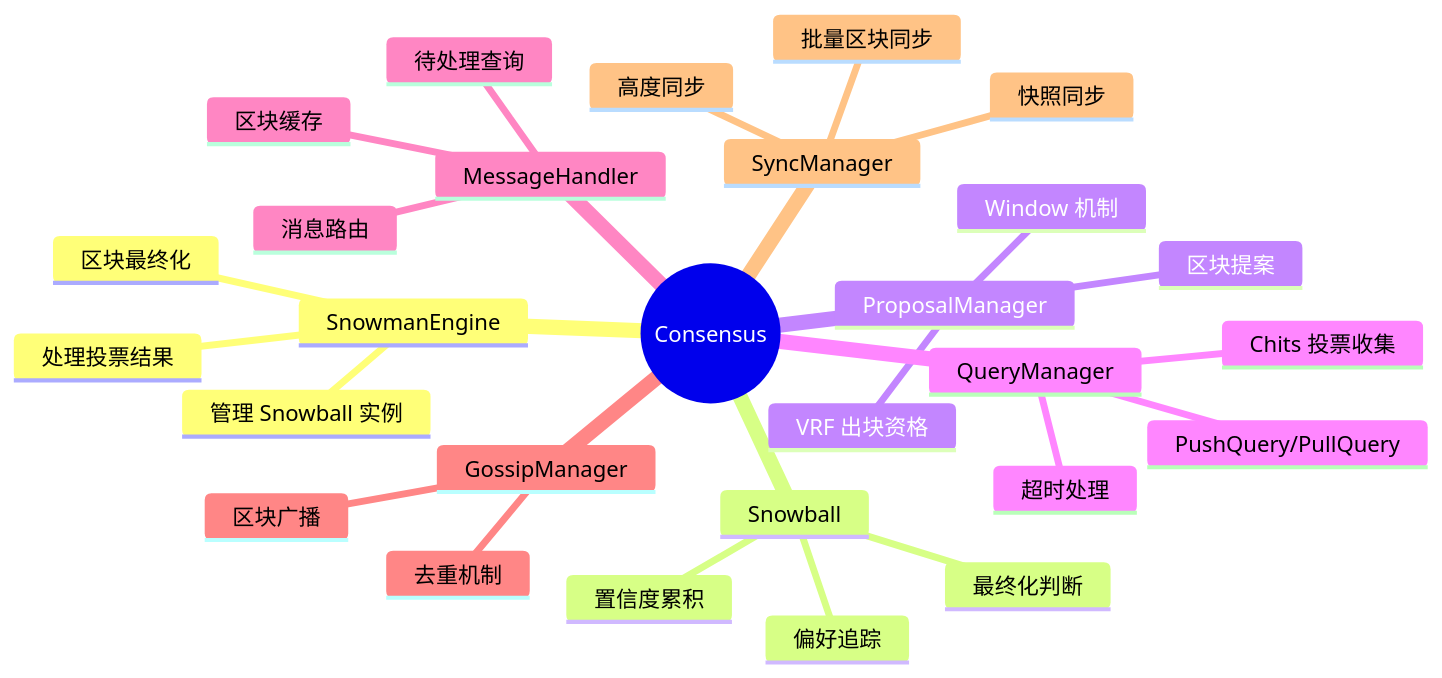
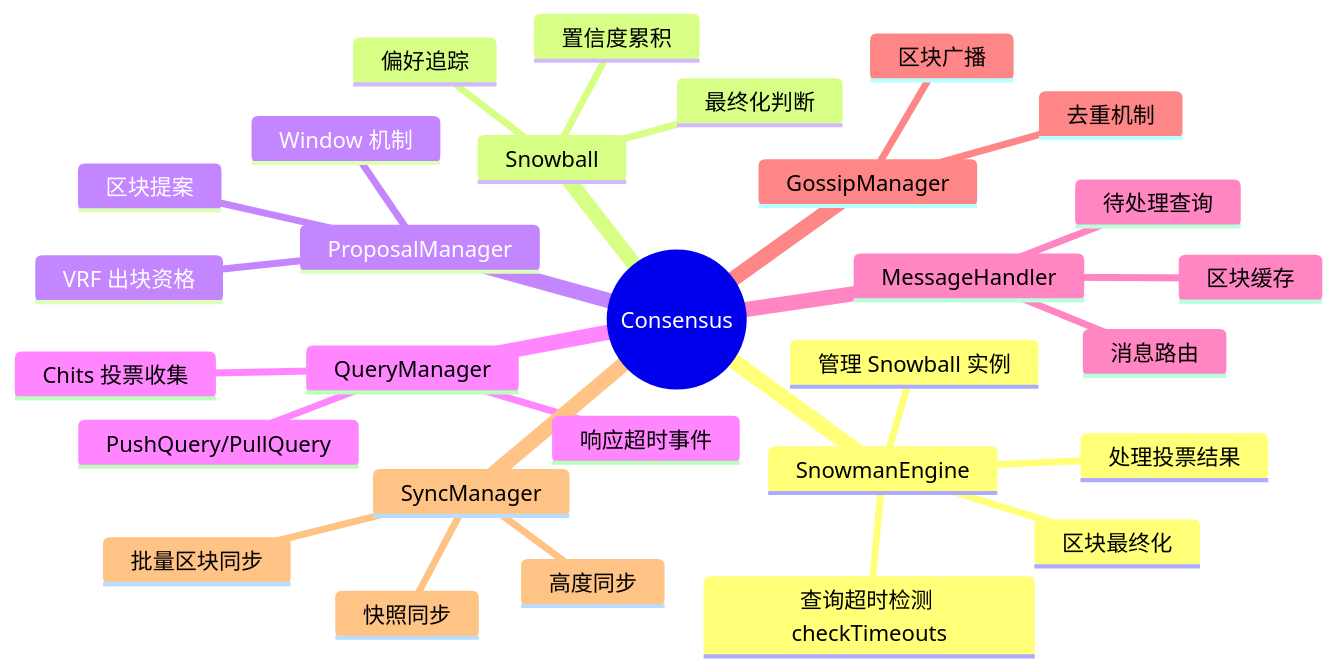
The second of 15 diagrams in consensus/design.md (davidLeeeeeeeeeeee/dex), drawn with Mermaid before and after one commit. The commit also changed other lines of this file and 7 other files, not shown here.

````diff
--- a/consensus/design.md
+++ b/consensus/design.md
@@ -34,31 +34,32 @@
 ```mermaid
 mindmap
   root((Consensus))
     SnowmanEngine
       管理 Snowball 实例
       处理投票结果
       区块最终化
+      查询超时检测 checkTimeouts
     Snowball
       偏好追踪
       置信度累积
       最终化判断
     ProposalManager
       VRF 出块资格
       Window 机制
       区块提案
     QueryManager
       PushQuery/PullQuery
       Chits 投票收集
-      超时处理
+      响应超时事件
     MessageHandler
       消息路由
       区块缓存
       待处理查询
     GossipManager
       区块广播
       去重机制
     SyncManager
       高度同步
       快照同步
       批量区块同步
 ```
````
